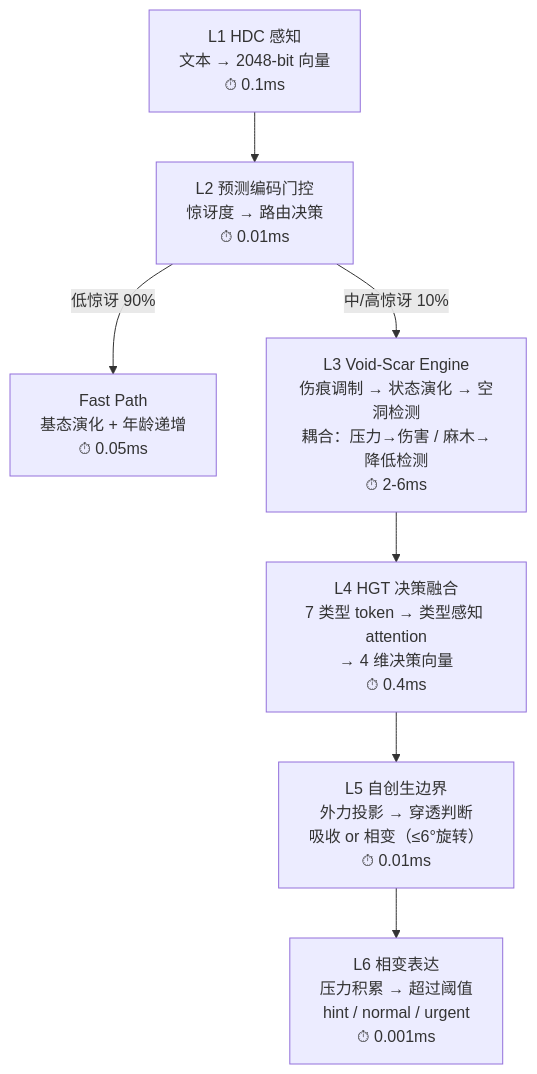
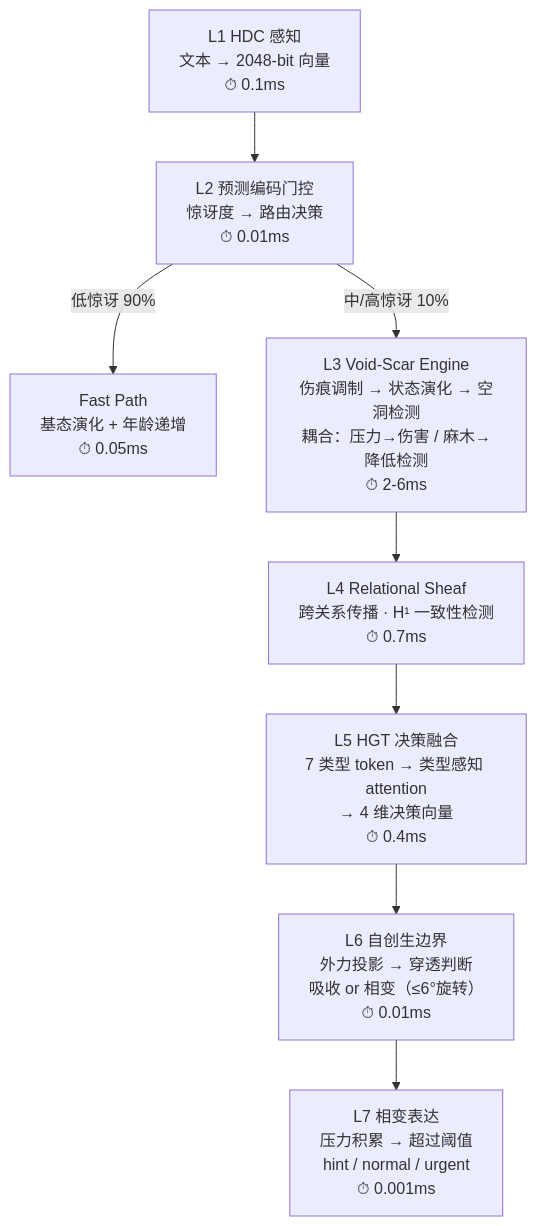
The third of 5 diagrams in README.md (Ayleovelle/astrbot_plugin_sylanne), drawn with Mermaid before and after one commit. The commit also changed other lines of this file, not shown here.

Commit message:
docs: 工作流图更新为 7 层 + follow-up 分支

````diff
--- a/README.md
+++ b/README.md
@@ -197,9 +199,10 @@
 ```mermaid
 flowchart TD
     L1["L1 HDC 感知<br/>文本 → 2048-bit 向量<br/>⏱ 0.1ms"] --> L2["L2 预测编码门控<br/>惊讶度 → 路由决策<br/>⏱ 0.01ms"]
     L2 -->|"低惊讶 90%"| FAST["Fast Path<br/>基态演化 + 年龄递增<br/>⏱ 0.05ms"]
     L2 -->|"中/高惊讶 10%"| L3["L3 Void-Scar Engine<br/>伤痕调制 → 状态演化 → 空洞检测<br/>耦合：压力→伤害 / 麻木→降低检测<br/>⏱ 2-6ms"]
-    L3 --> L4["L4 HGT 决策融合<br/>7 类型 token → 类型感知 attention<br/>→ 4 维决策向量<br/>⏱ 0.4ms"]
-    L4 --> L5["L5 自创生边界<br/>外力投影 → 穿透判断<br/>吸收 or 相变（≤6°旋转）<br/>⏱ 0.01ms"]
-    L5 --> L6["L6 相变表达<br/>压力积累 → 超过阈值<br/>hint / normal / urgent<br/>⏱ 0.001ms"]
+    L3 --> L4["L4 Relational Sheaf<br/>跨关系传播 · H¹ 一致性检测<br/>⏱ 0.7ms"]
+    L4 --> L5["L5 HGT 决策融合<br/>7 类型 token → 类型感知 attention<br/>→ 4 维决策向量<br/>⏱ 0.4ms"]
+    L5 --> L6["L6 自创生边界<br/>外力投影 → 穿透判断<br/>吸收 or 相变（≤6°旋转）<br/>⏱ 0.01ms"]
+    L6 --> L7["L7 相变表达<br/>压力积累 → 超过阈值<br/>hint / normal / urgent<br/>⏱ 0.001ms"]
 ```
````
